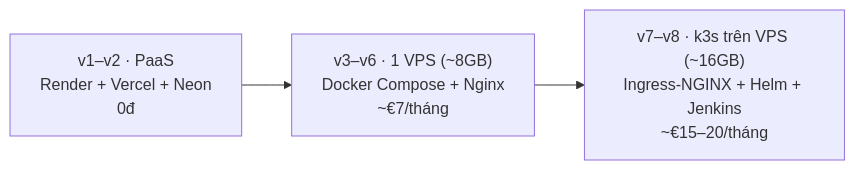
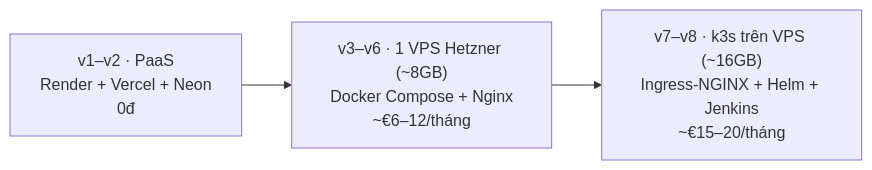
The diagram in docs/README.md (NQB37/PixelMart), drawn with Mermaid before and after one commit. The commit also changed other lines of this file and 4 other files, not shown here.

First line of the commit message:
docs(v3): add self-host roadmap and sprints 13-15

````diff
--- a/docs/README.md
+++ b/docs/README.md
@@ -53,5 +53,5 @@
 ```mermaid
 flowchart LR
-  A["v1–v2 · PaaS<br/>Render + Vercel + Neon<br/>0đ"] --> B["v3–v6 · 1 VPS (~8GB)<br/>Docker Compose + Nginx<br/>~€7/tháng"]
+  A["v1–v2 · PaaS<br/>Render + Vercel + Neon<br/>0đ"] --> B["v3–v6 · 1 VPS Hetzner (~8GB)<br/>Docker Compose + Nginx<br/>~€6–12/tháng"]
   B --> C["v7–v8 · k3s trên VPS (~16GB)<br/>Ingress-NGINX + Helm + Jenkins<br/>~€15–20/tháng"]
 ```
````
